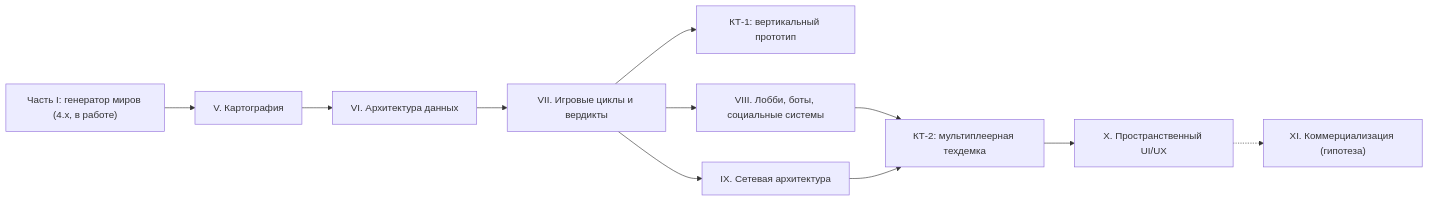
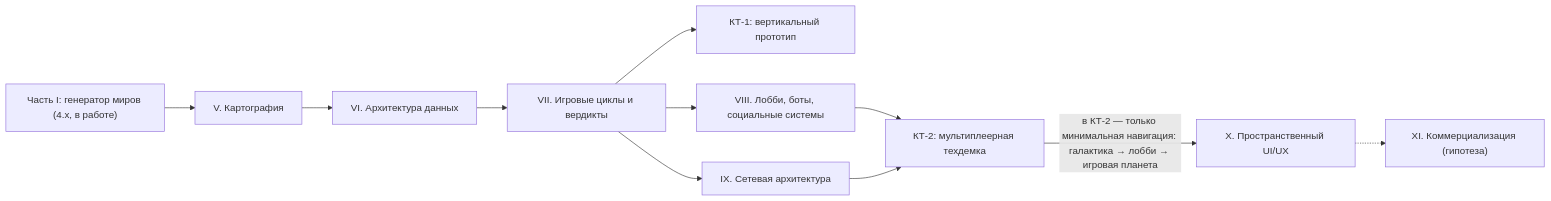
One commit to Mrcoolzbs-ai/evowars changed the second of 2 diagrams in docs/science/IMPLEMENTATION_ROADMAP.md. Above: the diagram before and after it, drawn with Mermaid. The commit also changed other lines of this file, not shown here.

````diff
--- a/docs/science/IMPLEMENTATION_ROADMAP.md
+++ b/docs/science/IMPLEMENTATION_ROADMAP.md
@@ -788,13 +839,13 @@
 ```mermaid
 graph LR
   IV["Часть I: генератор миров (4.x, в работе)"] --> V["V. Картография"]
   V --> VI["VI. Архитектура данных"]
   VI --> VII["VII. Игровые циклы и вердикты"]
   VII --> P1["КТ-1: вертикальный прототип"]
   VII --> VIII["VIII. Лобби, боты, социальные системы"]
   VII --> IX["IX. Сетевая архитектура"]
   VIII --> P2["КТ-2: мультиплеерная техдемка"]
   IX --> P2
-  P2 --> X["X. Пространственный UI/UX"]
+  P2 -->|"в КТ-2 — только минимальная навигация: галактика → лобби → игровая планета"| X["X. Пространственный UI/UX"]
   X -.-> XI["XI. Коммерциализация (гипотеза)"]
 ```
````
